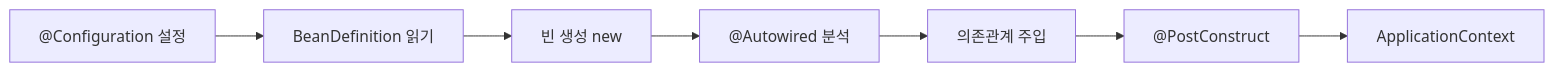
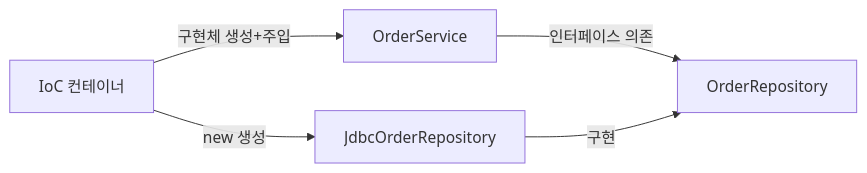
One commit to yjkim2015/yjkim2015.github.io changed the first of 8 diagrams in _posts/spring/2026-05-02-spring-core-basic.md. Above: the diagram before and after it, drawn with Mermaid. The commit also changed other lines of this file and 4 other files, not shown here.

````diff
--- a/_posts/spring/2026-05-02-spring-core-basic.md
+++ b/_posts/spring/2026-05-02-spring-core-basic.md
@@ -83,9 +60,7 @@
 ```mermaid
 graph LR
-    A["@Configuration 설정"] --> B["BeanDefinition 읽기"]
-    B --> C["빈 생성 new"]
-    C --> D["@Autowired 분석"]
-    D --> E["의존관계 주입"]
-    E --> F["@PostConstruct"]
-    F --> G["ApplicationContext"]
+    A["OrderService"] -->|"인터페이스 의존"| B["OrderRepository"]
+    C["IoC 컨테이너"] -->|"구현체 생성+주입"| A
+    C -->|"new 생성"| D["JdbcOrderRepository"]
+    D -->|"구현"| B
 ```
````
